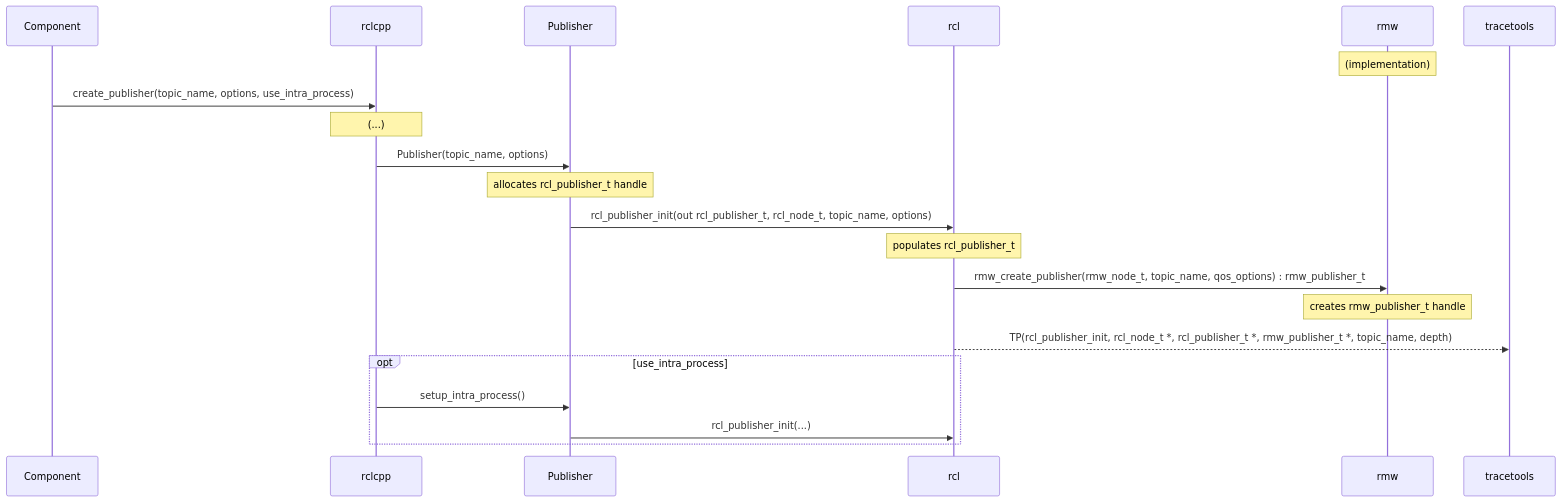
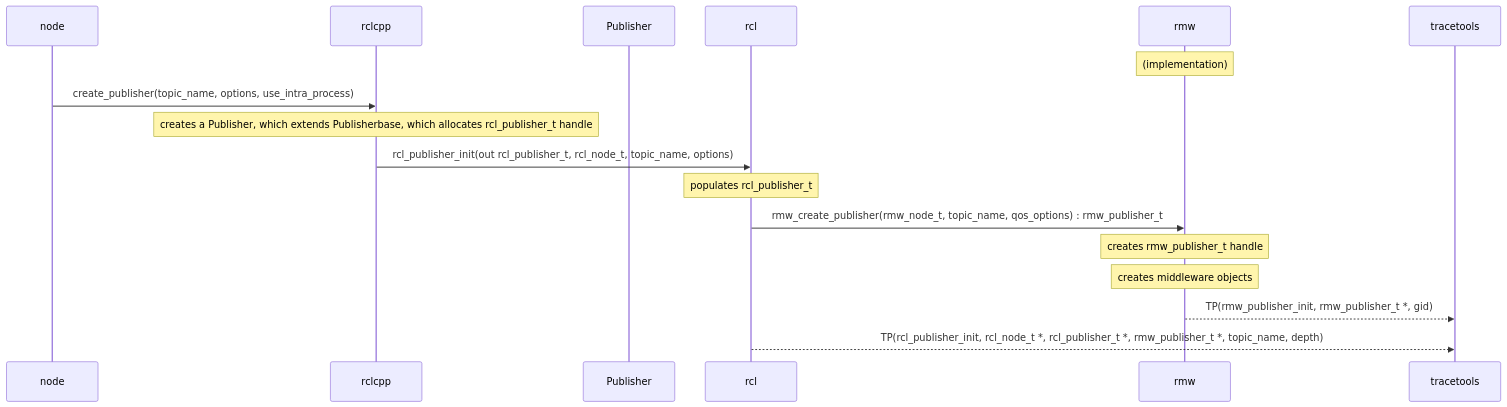
The third of 17 diagrams in doc/design_ros_2.md (ros2-split-gbp/ros2_tracing-release), drawn with Mermaid before and after one commit. The commit also changed other lines of this file and 83 other files, not shown here.

````diff
--- a/doc/design_ros_2.md
+++ b/doc/design_ros_2.md
@@ -178,27 +260,23 @@
 ```mermaid
 sequenceDiagram
-    participant Component
+    participant node
     participant rclcpp
     participant Publisher
     participant rcl
     participant rmw
     participant tracetools
 
     Note over rmw: (implementation)
 
-    Component->>rclcpp: create_publisher(topic_name, options, use_intra_process)
-    Note over rclcpp: (...)
-    rclcpp->>Publisher: Publisher(topic_name, options)
-    Note over Publisher: allocates rcl_publisher_t handle
-    Publisher->>rcl: rcl_publisher_init(out rcl_publisher_t, rcl_node_t, topic_name, options)
+    node->>rclcpp: create_publisher(topic_name, options, use_intra_process)
+    Note over rclcpp: creates a Publisher, which extends Publisherbase, which allocates rcl_publisher_t handle
+    rclcpp->>rcl: rcl_publisher_init(out rcl_publisher_t, rcl_node_t, topic_name, options)
     Note over rcl: populates rcl_publisher_t
     rcl->>rmw: rmw_create_publisher(rmw_node_t, topic_name, qos_options) : rmw_publisher_t
     Note over rmw: creates rmw_publisher_t handle
+    Note over rmw: creates middleware objects
+
+    rmw-->>tracetools: TP(rmw_publisher_init, rmw_publisher_t *, gid)
 
     rcl-->>tracetools: TP(rcl_publisher_init, rcl_node_t *, rcl_publisher_t *, rmw_publisher_t *, topic_name, depth)
-
-    opt use_intra_process
-        rclcpp->>Publisher: setup_intra_process()
-        Publisher->>rcl: rcl_publisher_init(...)
-    end
 ```
````
